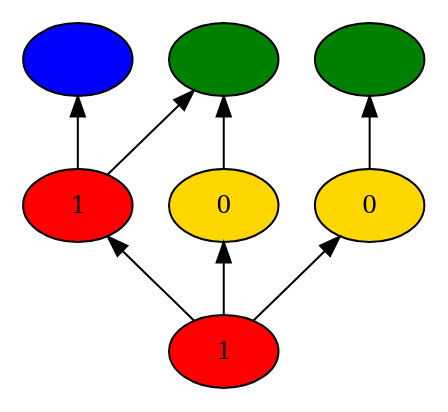
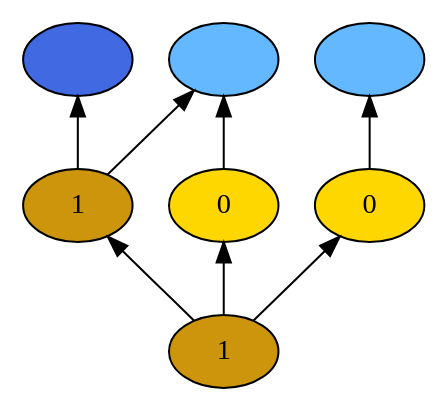
Before and after one commit to probcomp/Venturecxx: the diagram in backend/cxx/pdf_graphs/tutorial_1/dot8.dot, drawn with Graphviz. The commit also changed 108 other files, not shown here.

```diff
--- a/backend/cxx/pdf_graphs/tutorial_1/dot8.dot
+++ b/backend/cxx/pdf_graphs/tutorial_1/dot8.dot
@@ -1,18 +1,18 @@
 digraph {
 rankdir=BT
 fontsize=24
-1["shape" ="ellipse" "style" ="filled" "fillcolor" ="red" "label" ="1" ]
-2["shape" ="ellipse" "style" ="filled" "fillcolor" ="red" "label" ="1" ]
+1["shape" ="ellipse" "style" ="filled" "fillcolor" ="darkgoldenrod3" "label" ="1" ]
+2["shape" ="ellipse" "style" ="filled" "fillcolor" ="darkgoldenrod3" "label" ="1" ]
 3["shape" ="ellipse" "style" ="filled" "fillcolor" ="gold" "label" ="0" ]
 4["shape" ="ellipse" "style" ="filled" "fillcolor" ="gold" "label" ="0" ]
-5["shape" ="ellipse" "style" ="filled" "fillcolor" ="blue" "label" ="" ]
-6["shape" ="ellipse" "style" ="filled" "fillcolor" ="green" "label" ="" ]
-7["shape" ="ellipse" "style" ="filled" "fillcolor" ="green" "label" ="" ]
+5["shape" ="ellipse" "style" ="filled" "fillcolor" ="royalblue" "label" ="" ]
+6["shape" ="ellipse" "style" ="filled" "fillcolor" ="steelblue1" "label" ="" ]
+7["shape" ="ellipse" "style" ="filled" "fillcolor" ="steelblue1" "label" ="" ]
 1 -> 2["color" ="black" "style" ="solid" "arrowhead" ="normal" ]
 1 -> 3["color" ="black" "style" ="solid" "arrowhead" ="normal" ]
 1 -> 4["color" ="black" "style" ="solid" "arrowhead" ="normal" ]
 2 -> 5["color" ="black" "style" ="solid" "arrowhead" ="normal" ]
 2 -> 6["color" ="black" "style" ="solid" "arrowhead" ="normal" ]
 3 -> 6["color" ="black" "style" ="solid" "arrowhead" ="normal" ]
 4 -> 7["color" ="black" "style" ="solid" "arrowhead" ="normal" ]
 }
```
